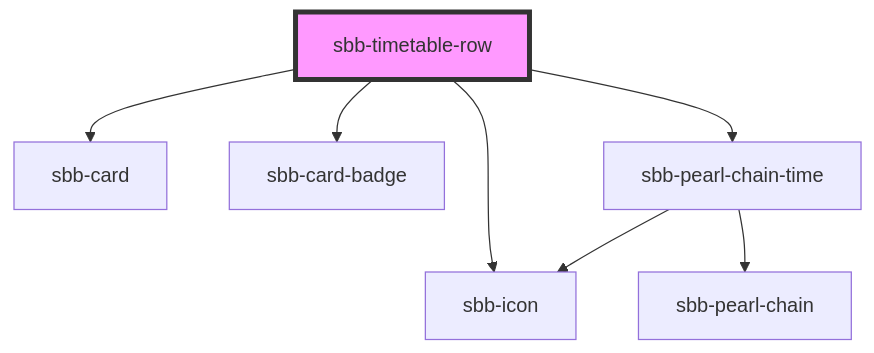
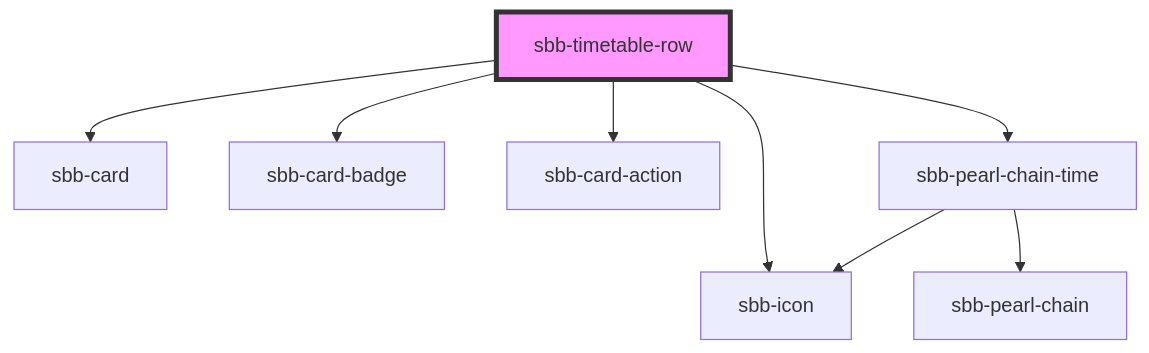
Before and after one commit to sbb-design-systems/lyne-components: the diagram in src/components/sbb-timetable-row/readme.md, drawn with Mermaid. The commit also changed other lines of this file and 50 other files, not shown here.

Commit message:
fix(sbb-card): fix accessibility of card

````diff
--- a/src/components/sbb-timetable-row/readme.md
+++ b/src/components/sbb-timetable-row/readme.md
@@ -63,10 +65,11 @@
 ```mermaid
 graph TD;
   sbb-timetable-row --> sbb-card
   sbb-timetable-row --> sbb-card-badge
+  sbb-timetable-row --> sbb-card-action
   sbb-timetable-row --> sbb-icon
   sbb-timetable-row --> sbb-pearl-chain-time
+  sbb-pearl-chain-time --> sbb-pearl-chain
   sbb-pearl-chain-time --> sbb-icon
-  sbb-pearl-chain-time --> sbb-pearl-chain
   style sbb-timetable-row fill:#f9f,stroke:#333,stroke-width:4px
 ```
````
